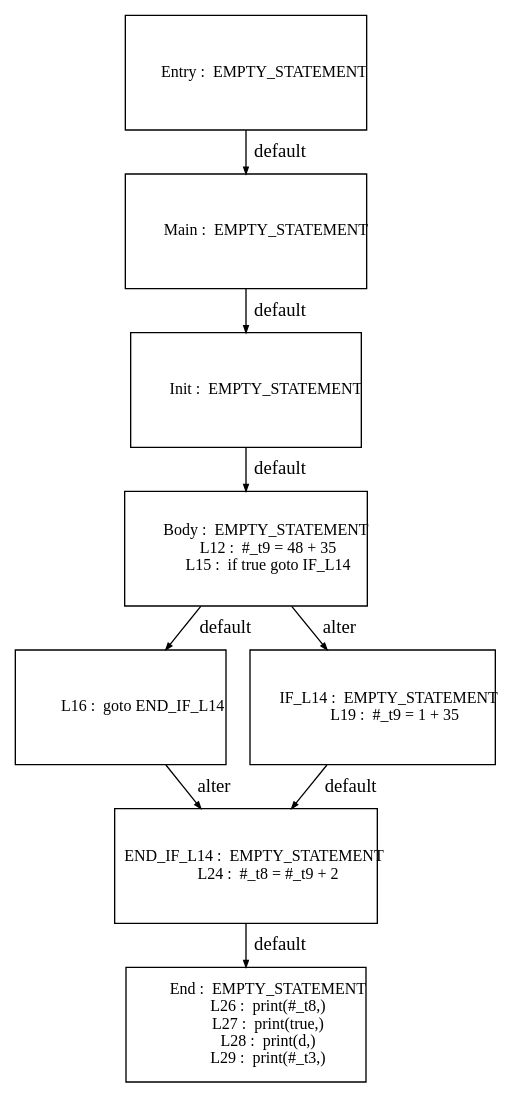
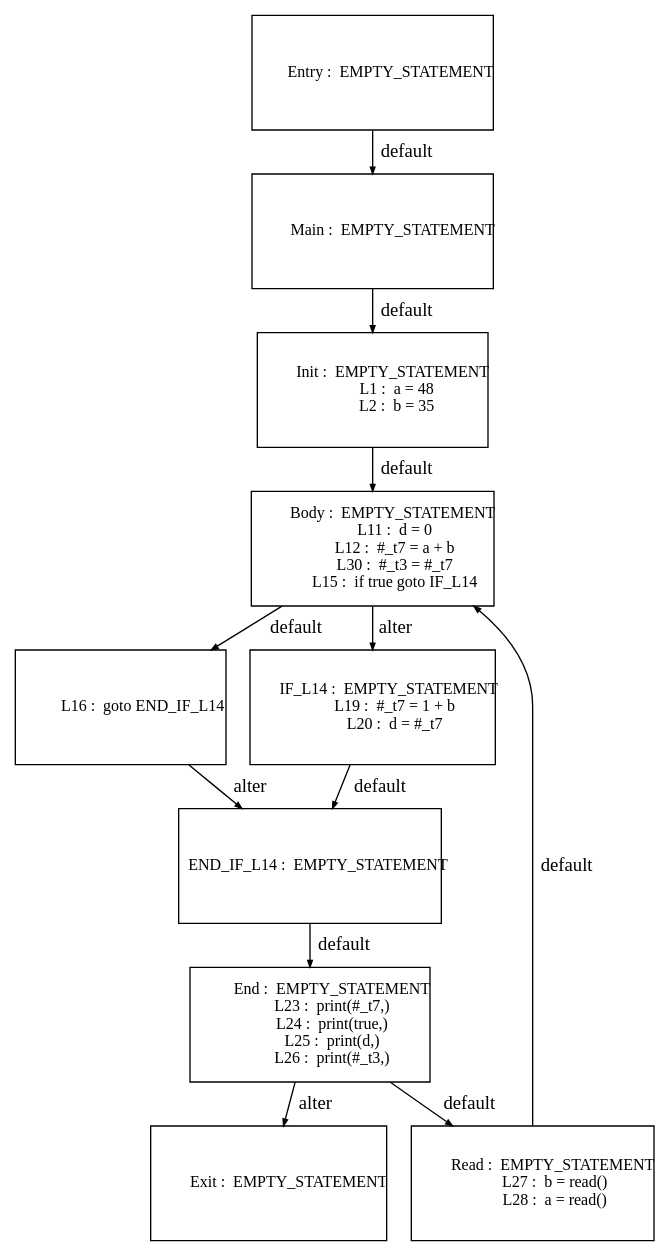
Before and after one commit to Geoffrey1014/ST_DSE: the diagram in tests_programs/dataflow/08_test_output/Graph_DSE_0.dot, drawn with Graphviz. The commit also changed 28 other files, not shown here.

```diff
--- a/tests_programs/dataflow/08_test_output/Graph_DSE_0.dot
+++ b/tests_programs/dataflow/08_test_output/Graph_DSE_0.dot
@@ -1,62 +1,104 @@
 digraph G {
   ranksep=.25;
   edge [arrowsize=.5]
   node [shape=rectangle, fontname="ArialNarrow",
         fontsize=12,  height=1.2];
   "           Main :  EMPTY_STATEMENT
 "; "           Init :  EMPTY_STATEMENT
+             L1 :  a = 48
+             L2 :  b = 35
 "; "           Body :  EMPTY_STATEMENT
-            L12 :  #_t9 = 48 + 35
+            L11 :  d = 0
+            L12 :  #_t7 = a + b
+            L30 :  #_t3 = #_t7
             L15 :  if true goto IF_L14
 "; "            L16 :  goto END_IF_L14
 "; "         IF_L14 :  EMPTY_STATEMENT
-            L19 :  #_t9 = 1 + 35
+            L19 :  #_t7 = 1 + b
+            L20 :  d = #_t7
 "; "     END_IF_L14 :  EMPTY_STATEMENT
-            L24 :  #_t8 = #_t9 + 2
 "; "          Entry :  EMPTY_STATEMENT
 "; "            End :  EMPTY_STATEMENT
-            L26 :  print(#_t8,)
-            L27 :  print(true,)
-            L28 :  print(d,)
-            L29 :  print(#_t3,)
+            L23 :  print(#_t7,)
+            L24 :  print(true,)
+            L25 :  print(d,)
+            L26 :  print(#_t3,)
+"; "           Exit :  EMPTY_STATEMENT
+"; "           Read :  EMPTY_STATEMENT
+            L27 :  b = read()
+            L28 :  a = read()
 "; 
   "           Main :  EMPTY_STATEMENT
 " -> "           Init :  EMPTY_STATEMENT
+             L1 :  a = 48
+             L2 :  b = 35
 "  [label="default"];
   "           Init :  EMPTY_STATEMENT
+             L1 :  a = 48
+             L2 :  b = 35
 " -> "           Body :  EMPTY_STATEMENT
-            L12 :  #_t9 = 48 + 35
+            L11 :  d = 0
+            L12 :  #_t7 = a + b
+            L30 :  #_t3 = #_t7
             L15 :  if true goto IF_L14
 "  [label="default"];
   "           Body :  EMPTY_STATEMENT
-            L12 :  #_t9 = 48 + 35
+            L11 :  d = 0
+            L12 :  #_t7 = a + b
+            L30 :  #_t3 = #_t7
             L15 :  if true goto IF_L14
 " -> "            L16 :  goto END_IF_L14
 "  [label="default"];
   "           Body :  EMPTY_STATEMENT
-            L12 :  #_t9 = 48 + 35
+            L11 :  d = 0
+            L12 :  #_t7 = a + b
+            L30 :  #_t3 = #_t7
             L15 :  if true goto IF_L14
 " -> "         IF_L14 :  EMPTY_STATEMENT
-            L19 :  #_t9 = 1 + 35
+            L19 :  #_t7 = 1 + b
+            L20 :  d = #_t7
 "  [label="alter"];
   "            L16 :  goto END_IF_L14
 " -> "     END_IF_L14 :  EMPTY_STATEMENT
-            L24 :  #_t8 = #_t9 + 2
 "  [label="alter"];
   "         IF_L14 :  EMPTY_STATEMENT
-            L19 :  #_t9 = 1 + 35
+            L19 :  #_t7 = 1 + b
+            L20 :  d = #_t7
 " -> "     END_IF_L14 :  EMPTY_STATEMENT
-            L24 :  #_t8 = #_t9 + 2
 "  [label="default"];
   "     END_IF_L14 :  EMPTY_STATEMENT
-            L24 :  #_t8 = #_t9 + 2
 " -> "            End :  EMPTY_STATEMENT
-            L26 :  print(#_t8,)
-            L27 :  print(true,)
-            L28 :  print(d,)
-            L29 :  print(#_t3,)
+            L23 :  print(#_t7,)
+            L24 :  print(true,)
+            L25 :  print(d,)
+            L26 :  print(#_t3,)
 "  [label="default"];
   "          Entry :  EMPTY_STATEMENT
 " -> "           Main :  EMPTY_STATEMENT
 "  [label="default"];
+  "            End :  EMPTY_STATEMENT
+            L23 :  print(#_t7,)
+            L24 :  print(true,)
+            L25 :  print(d,)
+            L26 :  print(#_t3,)
+" -> "           Read :  EMPTY_STATEMENT
+            L27 :  b = read()
+            L28 :  a = read()
+"  [label="default"];
+  "            End :  EMPTY_STATEMENT
+            L23 :  print(#_t7,)
+            L24 :  print(true,)
+            L25 :  print(d,)
+            L26 :  print(#_t3,)
+" -> "           Exit :  EMPTY_STATEMENT
+"  [label="alter"];
+  "           Read :  EMPTY_STATEMENT
+            L27 :  b = read()
+            L28 :  a = read()
+" -> "           Body :  EMPTY_STATEMENT
+            L11 :  d = 0
+            L12 :  #_t7 = a + b
+            L30 :  #_t3 = #_t7
+            L15 :  if true goto IF_L14
+"  [label="default"];
 }
```
